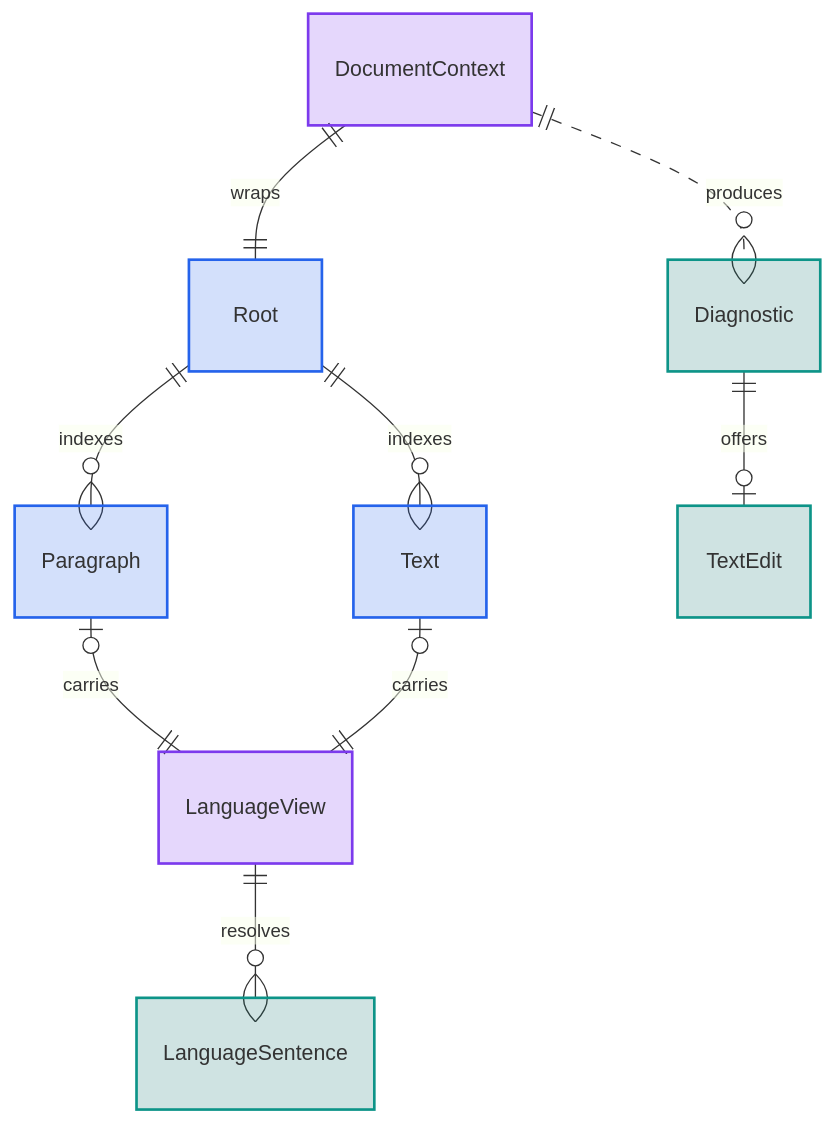
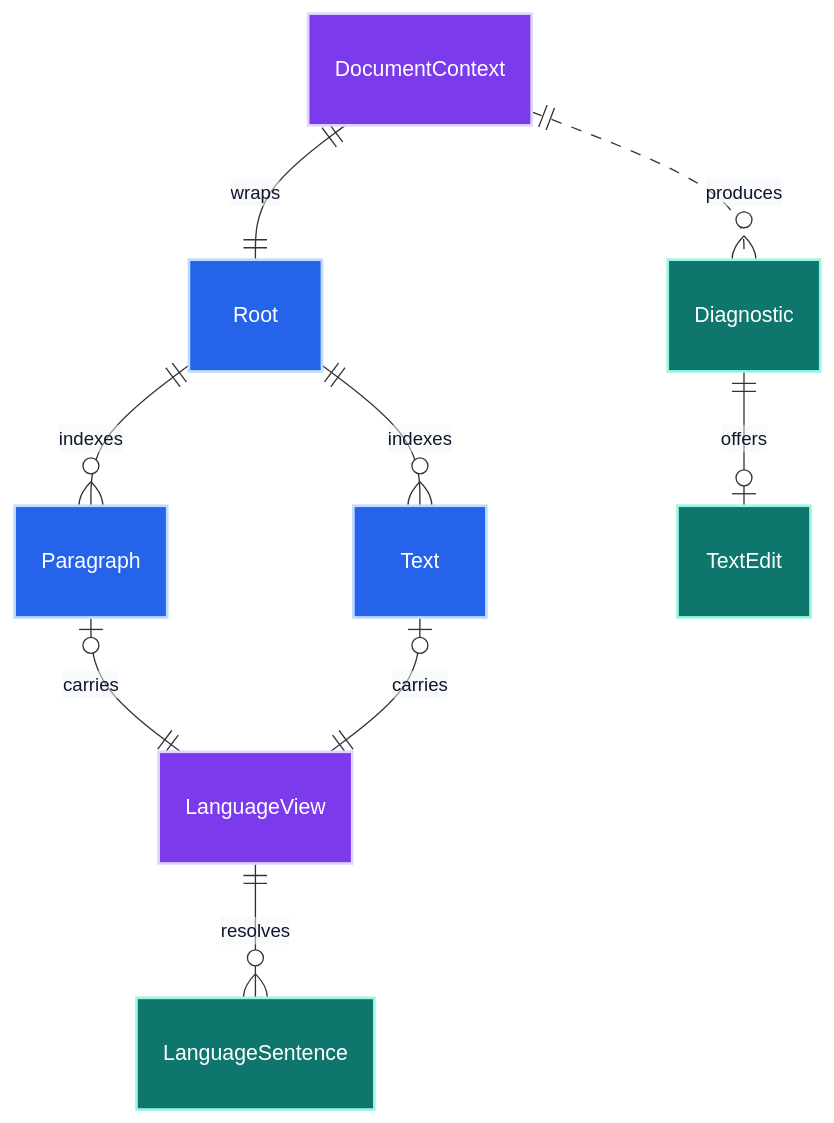
The fourth of 5 diagrams in ARCHITECTURE.md (jpeakai/remark-lint-slopstopper), drawn with Mermaid before and after one commit. The commit also changed other lines of this file and 2 other files, not shown here.

Commit message:
[feat] RLSS-8 Document analysis data structures and contracts (#27)

````diff
--- a/ARCHITECTURE.md
+++ b/ARCHITECTURE.md
@@ -188,17 +238,24 @@
 ```mermaid
- erDiagram
+---
+config:
+  themeVariables:
+    edgeLabelBackground: '#f1f5f9'
+    tertiaryColor: '#f1f5f9'
+    textColor: '#0f172a'
+---
+erDiagram
     DocumentContext ||--|| Root : wraps
     Root ||--o{ Paragraph : indexes
     Root ||--o{ Text : indexes
     Paragraph |o--|| LanguageView : carries
     Text |o--|| LanguageView : carries
     LanguageView ||--o{ LanguageSentence : resolves
     DocumentContext ||..o{ Diagnostic : produces
     Diagnostic ||--o| TextEdit : offers
-    classDef ingress fill:#2563eb33,stroke:#2563eb,stroke-width:2px
-    classDef compute fill:#7c3aed33,stroke:#7c3aed,stroke-width:2px
-    classDef data fill:#0f766e33,stroke:#0d9488,stroke-width:2px
+    classDef ingress fill:#2563eb,stroke:#bfdbfe,color:#ffffff,stroke-width:2px
+    classDef compute fill:#7c3aed,stroke:#ddd6fe,color:#ffffff,stroke-width:2px
+    classDef data fill:#0f766e,stroke:#99f6e4,color:#ffffff,stroke-width:2px
     class Root,Paragraph,Text ingress
     class DocumentContext,LanguageView compute
     class LanguageSentence,Diagnostic,TextEdit data
 ```
````
